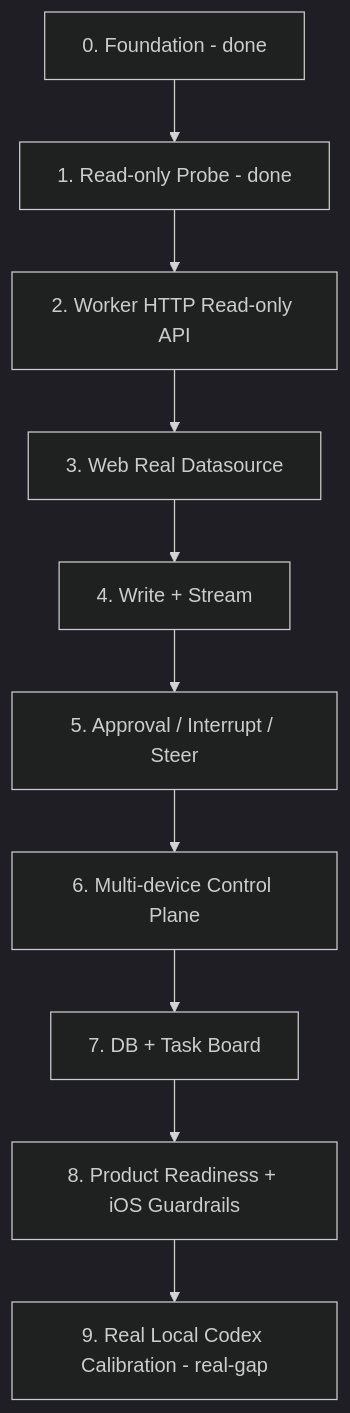
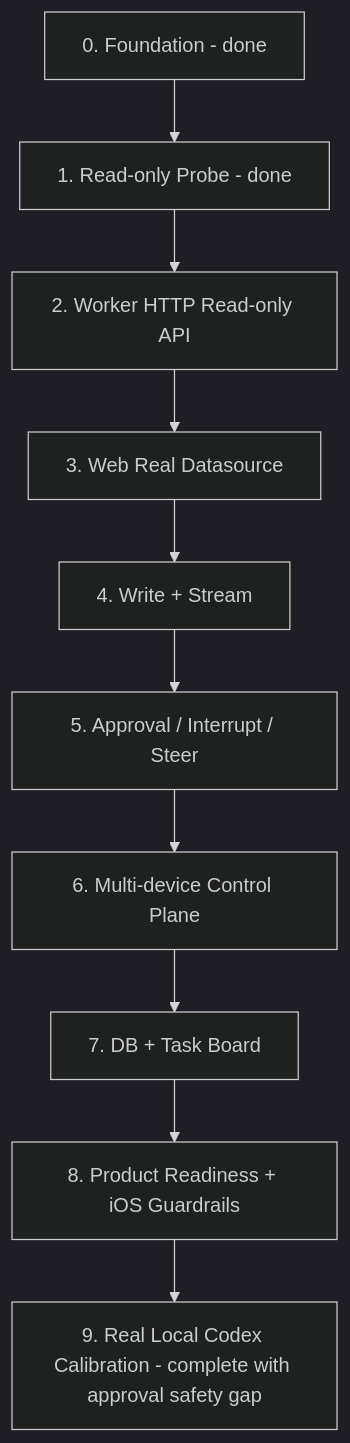
The second of 3 diagrams in PLAN.md (VintLin/codex-remote), drawn with Mermaid (dark theme) before and after one commit. The commit also changed other lines of this file and 4 other files, not shown here.

Commit message:
docs: close real local calibration with approval gap

````diff
--- a/PLAN.md
+++ b/PLAN.md
@@ -60,15 +60,15 @@
 ```mermaid
 flowchart TB
   P0["0. Foundation - done"]
   P1["1. Read-only Probe - done"]
   P2["2. Worker HTTP Read-only API"]
   P3["3. Web Real Datasource"]
   P4["4. Write + Stream"]
   P5["5. Approval / Interrupt / Steer"]
   P6["6. Multi-device Control Plane"]
   P7["7. DB + Task Board"]
   P8["8. Product Readiness + iOS Guardrails"]
-  P9["9. Real Local Codex Calibration - real-gap"]
+  P9["9. Real Local Codex Calibration - complete with approval safety gap"]
 
   P0 --> P1 --> P2 --> P3 --> P4 --> P5 --> P6 --> P7 --> P8 --> P9
 ```
````
